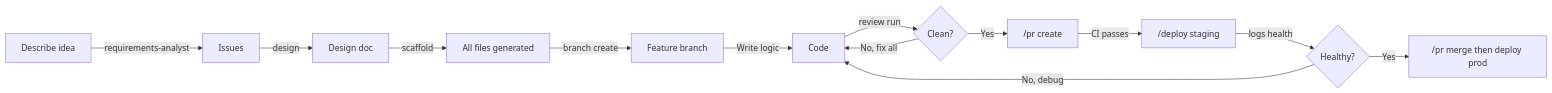
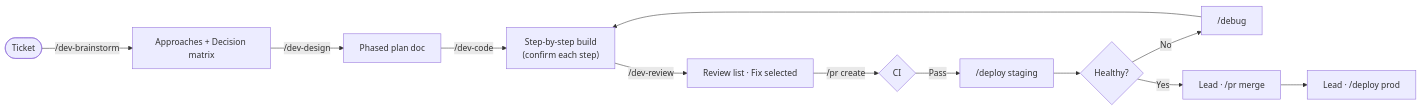
One commit to manikumarkv/devrunway-claude-plugin changed the fourth of 12 diagrams in README.md. Above: the diagram before and after it, drawn with Mermaid. The commit also changed other lines of this file and 14 other files, not shown here.

````diff
--- a/README.md
+++ b/README.md
@@ -97,15 +103,14 @@
 ```mermaid
 flowchart LR
-    A[Describe idea] -->|requirements-analyst| B[Issues]
-    B -->|design| C[Design doc]
-    C -->|scaffold| D[All files generated]
-    D -->|branch create| E[Feature branch]
-    E -->|Write logic| F[Code]
-    F -->|review run| G{Clean?}
-    G -->|No, fix all| F
-    G -->|Yes| H["/pr create"]
-    H -->|CI passes| I["/deploy staging"]
-    I -->|logs health| J{Healthy?}
-    J -->|No, debug| F
-    J -->|Yes| K["/pr merge then deploy prod"]
+    A(["Ticket"]) -->|"/dev-brainstorm"| B["Approaches + Decision matrix"]
+    B -->|"/dev-design"| C["Phased plan doc"]
+    C -->|"/dev-code"| D["Step-by-step build\n(confirm each step)"]
+    D -->|"/dev-review"| E["Review list · Fix selected"]
+    E -->|"/pr create"| F{CI}
+    F -->|Pass| G["/deploy staging"]
+    G --> H{Healthy?}
+    H -->|No| I["/debug"]
+    I --> D
+    H -->|Yes| J["Lead · /pr merge"]
+    J --> K["Lead · /deploy prod"]
 ```
````
